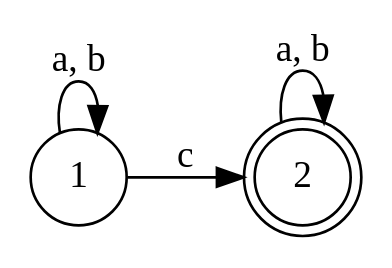
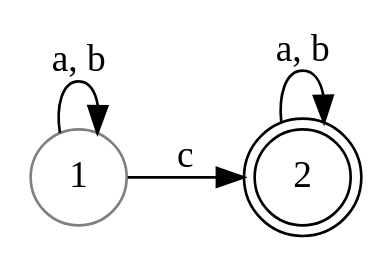
The diagram in images/g1.dot (NRU-MPEI-IMAI/regular-languages-and-finite-machines-G0-G4), drawn with Graphviz before and after one commit. The commit also changed 5 other files, not shown here.

```diff
--- a/images/g1.dot
+++ b/images/g1.dot
@@ -1,8 +1,9 @@
 digraph G{
   rankdir=LR;
   node [shape = doublecircle]; 2;
   node [shape = circle];
+  1 [color = "#808080"];
   1 -> 2 [label = "c"];
   1 -> 1 [label = "a, b"];
   2 -> 2 [label = "a, b"];
 }
```
